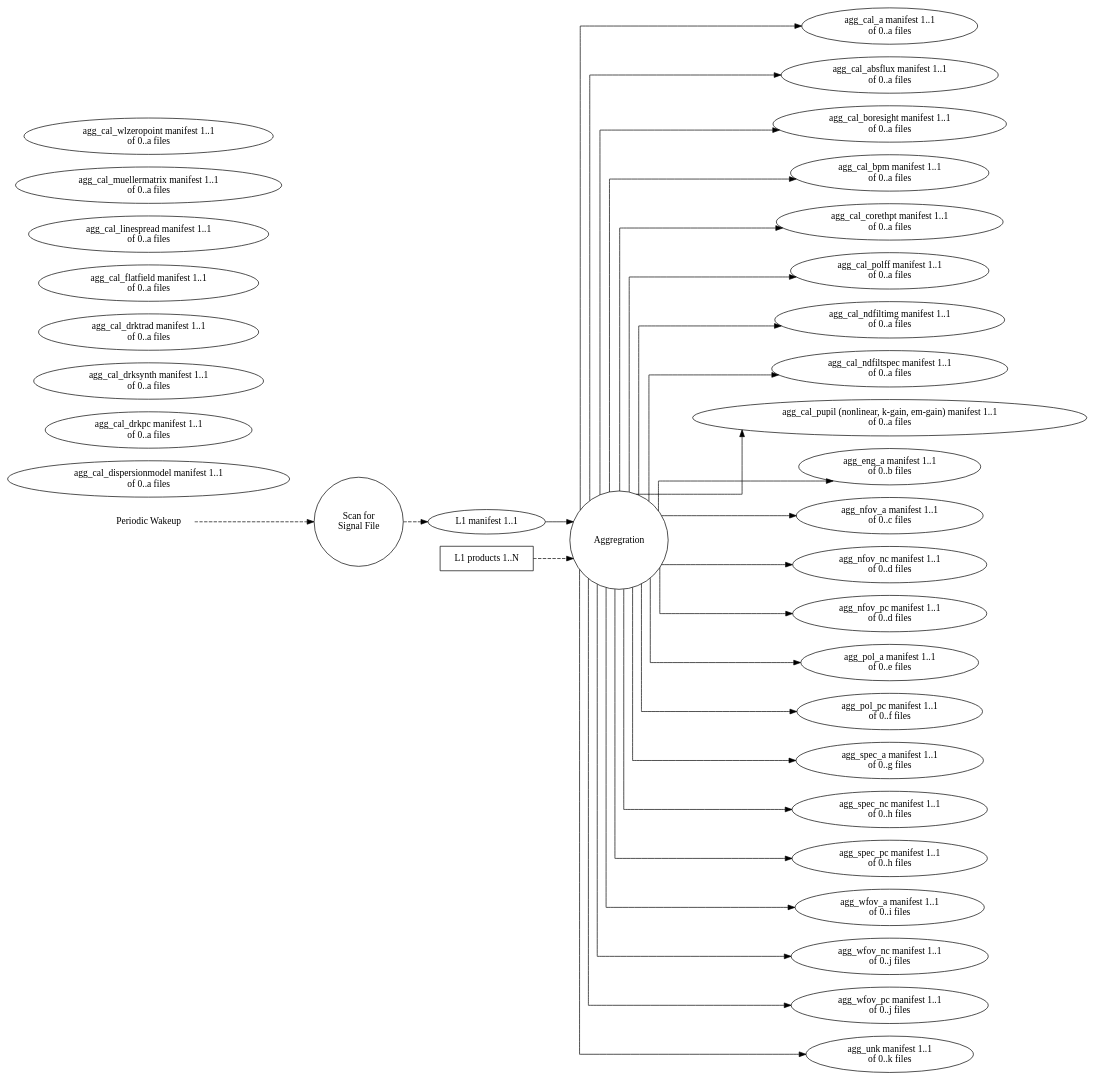
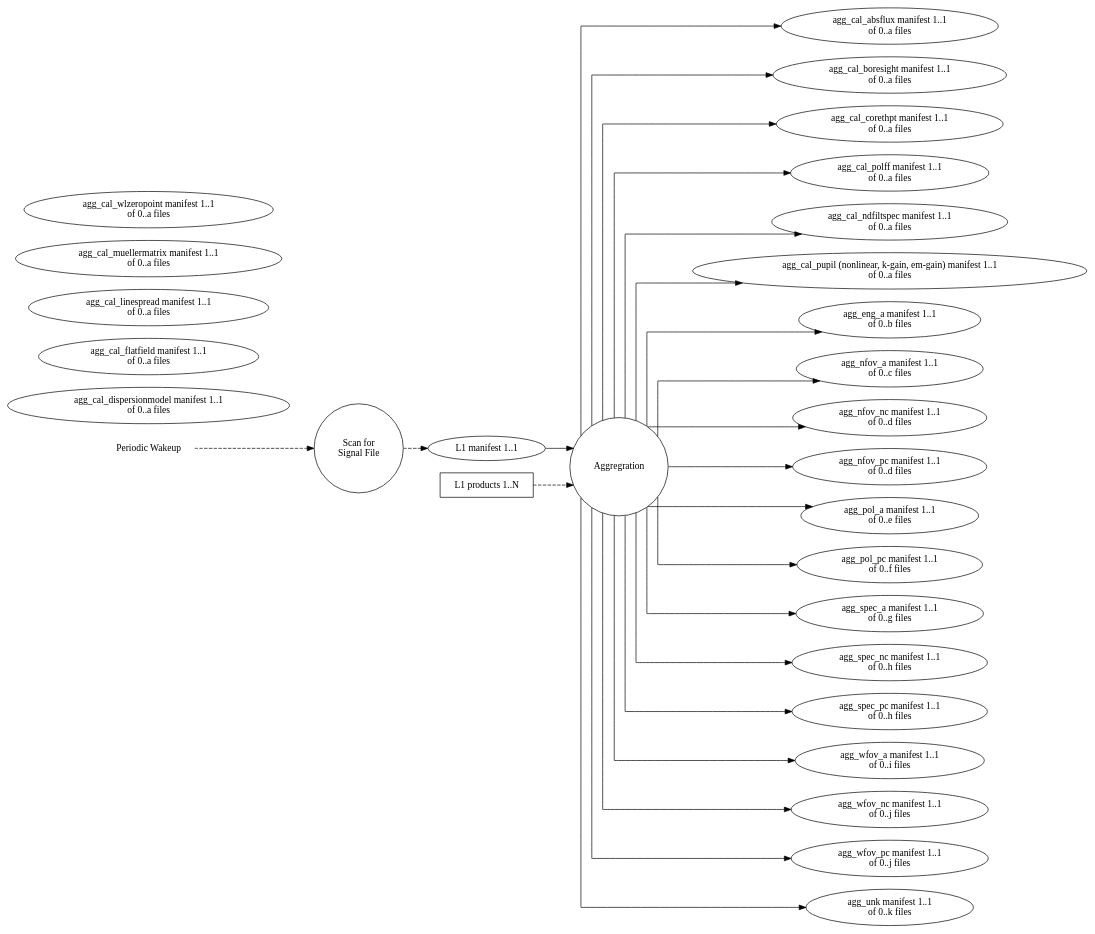
Before and after one commit to roman-corgi/ctc-dip: the diagram in dip/basis/ck_agg.dot, drawn with Graphviz. The commit also changed 7 other files, not shown here.

```diff
--- a/dip/basis/ck_agg.dot
+++ b/dip/basis/ck_agg.dot
@@ -1,166 +1,139 @@
 digraph AggregrationDesign
 {
     graph [splines="ortho", rankdir=LR];
 
     alarm [label="Periodic Wakeup", shape="none"];
     scan [label="Scan for\nSignal File", shape="circle"];
     
     agg_sort [label="Aggregration", shape="circle",
               runname="clerk.aggregration"
               runtype="dawgie.Algorithm"
               fsmtype="dip.clerk.impls.categorization.AggFSM"];
     
     agg_data [label="L1 products 1..N", shape="rectangle"];
     agg_man [label="L1 manifest 1..1", shape="ellipse",
              valname="clerk.scan.inbound.aggregate",
              valtype="dip.base.Manifest"];
 
-    agg_cal_a_man [label="agg_cal_a manifest 1..1\nof 0..a files",
-                   shape="ellipse",
-                   valname="clerk.aggregration.channel.cal_a",
-                   valtype="dip.base.Manifest"];
     agg_cal_absflux_man [label="agg_cal_absflux manifest 1..1\nof 0..a files",
                          shape="ellipse",
                          valname="clerk.aggregration.channel.cal_absflux",
                          valtype="dip.base.Manifest"];
     agg_cal_boresight_man [label="agg_cal_boresight manifest 1..1\nof 0..a files",
                            shape="ellipse",
                            valname="clerk.aggregration.channel.cal_boresight",
                            valtype="dip.base.Manifest"];
-    agg_cal_bpm_man [label="agg_cal_bpm manifest 1..1\nof 0..a files",
-                     shape="ellipse",
-                     valname="clerk.aggregration.channel.cal_badpixelmap",
-                     valtype="dip.base.Manifest"];
     agg_cal_corethpt_man [label="agg_cal_corethpt manifest 1..1\nof 0..a files",
                           shape="ellipse",
                           valname="clerk.aggregration.channel.cal_corethpt",
                           valtype="dip.base.Manifest"];
     agg_cal_dpm_man [label="agg_cal_dispersionmodel manifest 1..1\nof 0..a files",
                      shape="ellipse",
                      valname="clerk.aggregration.channel.cal_dispersionmodel",
                      valtype="dip.base.Manifest"];
-    agg_cal_drkpc_man [label="agg_cal_drkpc manifest 1..1\nof 0..a files",
-                       shape="ellipse",
-                       valname="clerk.aggregration.channel.cal_darkpc",
-                       valtype="dip.base.Manifest"];
-    agg_cal_drksynth_man [label="agg_cal_drksynth manifest 1..1\nof 0..a files",
-                          shape="ellipse",
-                          valname="clerk.aggregration.channel.cal_darksynth",
-                          valtype="dip.base.Manifest"];
-    agg_cal_drktrad_man [label="agg_cal_drktrad manifest 1..1\nof 0..a files",
-                         shape="ellipse",
-                         valname="clerk.aggregration.channel.cal_darktrad",
-                         valtype="dip.base.Manifest"];
     agg_cal_ff_man [label="agg_cal_flatfield manifest 1..1\nof 0..a files",
                     shape="ellipse",
                     valname="clerk.aggregration.channel.cal_flatfield",
                     valtype="dip.base.Manifest"];
     agg_cal_polff_man [label="agg_cal_polff manifest 1..1\nof 0..a files",
                        shape="ellipse",
                        valname="clerk.aggregration.channel.cal_polff",
                        valtype="dip.base.Manifest"];
     agg_cal_lsf_man [label="agg_cal_linespread manifest 1..1\nof 0..a files",
                      shape="ellipse",
                      valname="clerk.aggregration.channel.cal_linespread",
                      valtype="dip.base.Manifest"];
     agg_cal_mm_man [label="agg_cal_muellermatrix manifest 1..1\nof 0..a files",
                     shape="ellipse",
                     valname="clerk.aggregration.channel.cal_muellermatrix",
                     valtype="dip.base.Manifest"];
-    agg_cal_ndfiltimg_man [label="agg_cal_ndfiltimg manifest 1..1\nof 0..a files",
-                           shape="ellipse",
-                           valname="clerk.aggregration.channel.cal_ndfiltimg",
-                           valtype="dip.base.Manifest"];
     agg_cal_ndfiltspec_man [label="agg_cal_ndfiltspec manifest 1..1\nof 0..a files",
                             shape="ellipse",
                             valname="clerk.aggregration.channel.cal_ndfiltspec",
                             valtype="dip.base.Manifest"];
     agg_cal_pupil_man [label="agg_cal_pupil (nonlinear, k-gain, em-gain) manifest 1..1\nof 0..a files",
                        shape="ellipse",
                        valname="clerk.aggregration.channel.cal_pupil",
                        valtype="dip.base.Manifest"];
     agg_cal_wzp_man [label="agg_cal_wlzeropoint manifest 1..1\nof 0..a files",
                      shape="ellipse",
                      valname="clerk.aggregration.channel.cal_wlzeropoint",
                      valtype="dip.base.Manifest"];
     agg_eng_a_man [label="agg_eng_a manifest 1..1\nof 0..b files",
                    shape="ellipse",
                    valname="clerk.aggregration.channel.eng_a",
                    valtype="dip.base.Manifest"];
     agg_nfov_a_man [label="agg_nfov_a manifest 1..1\nof 0..c files",
                     shape="ellipse",
                     valname="clerk.aggregration.channel.nfov_a",
                     valtype="dip.base.Manifest"];
     agg_nfov_nc_man [label="agg_nfov_nc manifest 1..1\nof 0..d files",
                      shape="ellipse",
                      valname="clerk.aggregration.channel.nfov_nc",
                      valtype="dip.base.Manifest"];
     agg_nfov_pc_man [label="agg_nfov_pc manifest 1..1\nof 0..d files",
                      shape="ellipse",
                      valname="clerk.aggregration.channel.nfov_pc",
                      valtype="dip.base.Manifest"];
     agg_pol_a_man [label="agg_pol_a manifest 1..1\nof 0..e files",
                    shape="ellipse",
                    valname="clerk.aggregration.channel.pol_a",
                    valtype="dip.base.Manifest"];
     agg_pol_pc_man [label="agg_pol_pc manifest 1..1\nof 0..f files",
                     shape="ellipse",
                     valname="clerk.aggregration.channel.pol_pc",
                     valtype="dip.base.Manifest"];
     agg_spec_a_man [label="agg_spec_a manifest 1..1\nof 0..g files",
                     shape="ellipse",
                     valname="clerk.aggregration.channel.spec_a",
                     valtype="dip.base.Manifest"];
     agg_spec_nc_man [label="agg_spec_nc manifest 1..1\nof 0..h files",
                      shape="ellipse",
                      valname="clerk.aggregration.channel.spec_nc",
                      valtype="dip.base.Manifest"];
     agg_spec_pc_man [label="agg_spec_pc manifest 1..1\nof 0..h files",
                      shape="ellipse",
                      valname="clerk.aggregration.channel.spec_pc",
                      valtype="dip.base.Manifest"];
     agg_wfov_a_man [label="agg_wfov_a manifest 1..1\nof 0..i files",
                     shape="ellipse",
                     valname="clerk.aggregration.channel.wfov_a",
                     valtype="dip.base.Manifest"];
     agg_wfov_nc_man [label="agg_wfov_nc manifest 1..1\nof 0..j files",
                      shape="ellipse",
                      valname="clerk.aggregration.channel.wfov_nc",
                      valtype="dip.base.Manifest"];
     agg_wfov_pc_man [label="agg_wfov_pc manifest 1..1\nof 0..j files",
                      shape="ellipse",
                      valname="clerk.aggregration.channel.wfov_pc",
                      valtype="dip.base.Manifest"];
     agg_unk_man [label="agg_unk manifest 1..1\nof 0..k files",
                  shape="ellipse",
                  valname="clerk.aggregration.channel.unk",
                  valtype="dip.base.Manifest"];
 
     alarm -> scan [style="dashed"];
     scan -> agg_man [style="dashed"];
     agg_data -> agg_sort [style="dashed"];
     agg_man -> agg_sort;
 
-    agg_sort -> agg_cal_a_man;
     agg_sort -> agg_cal_absflux_man;
     agg_sort -> agg_cal_boresight_man;
-    agg_sort -> agg_cal_bpm_man;
     agg_sort -> agg_cal_corethpt_man;
     agg_sort -> agg_cal_polff_man;
-    agg_sort -> agg_cal_ndfiltimg_man;
     agg_sort -> agg_cal_ndfiltspec_man;
     agg_sort -> agg_cal_pupil_man;
     agg_sort -> agg_eng_a_man;
     agg_sort -> agg_nfov_a_man;
     agg_sort -> agg_nfov_nc_man;
     agg_sort -> agg_nfov_pc_man;
     agg_sort -> agg_pol_a_man;
     agg_sort -> agg_pol_pc_man;
     agg_sort -> agg_spec_a_man;
     agg_sort -> agg_spec_nc_man;
     agg_sort -> agg_spec_pc_man;
     agg_sort -> agg_wfov_a_man;
     agg_sort -> agg_wfov_nc_man;
     agg_sort -> agg_wfov_pc_man;
     agg_sort -> agg_unk_man;
 }
```
